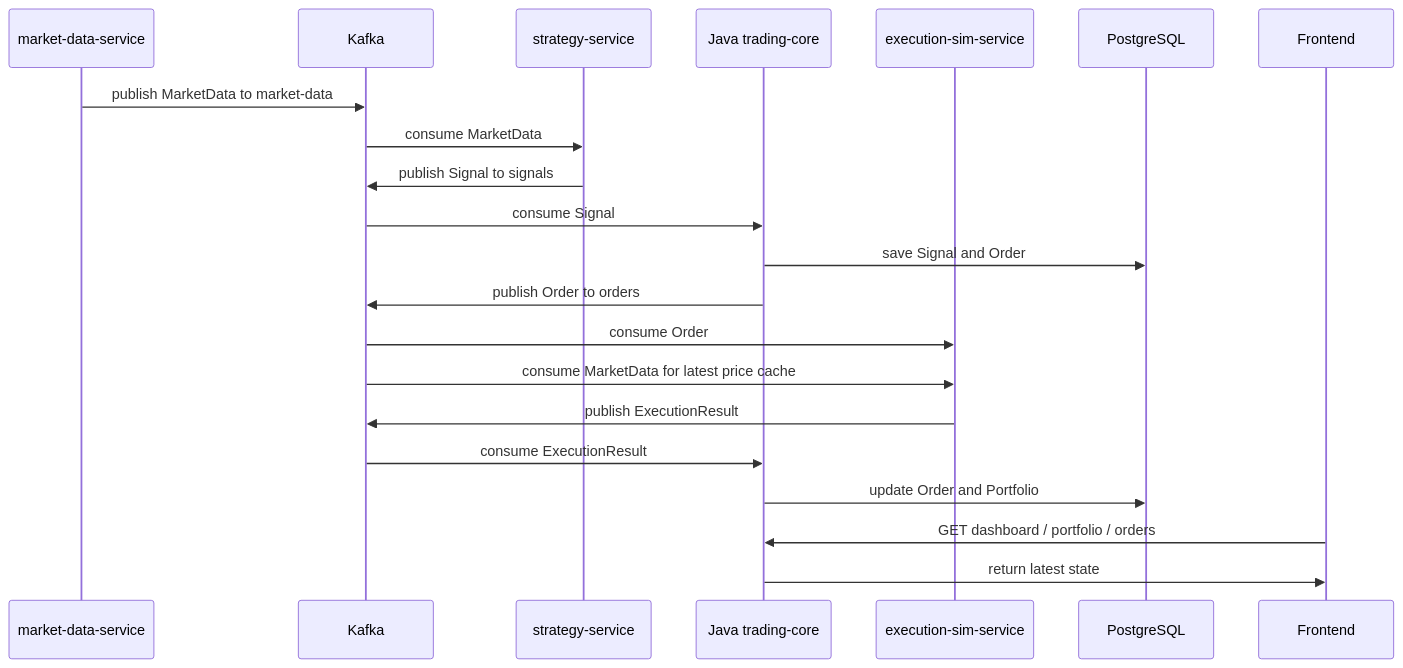
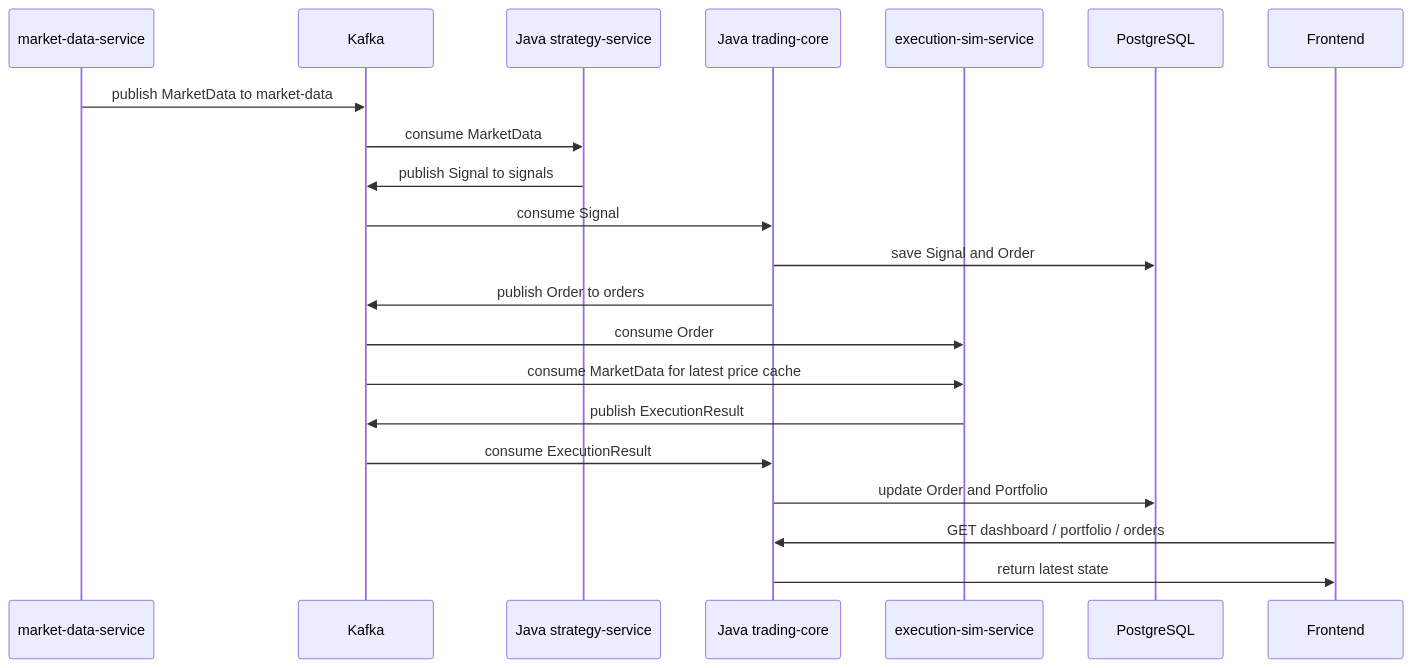
One commit to AlexToday111/DNP-proj.-Trading-system- changed the diagram in docs/backend-flow.md. Above: the diagram before and after it, drawn with Mermaid. The commit also changed other lines of this file and 28 other files, not shown here.

Commit message:
chore(backend/java): add java strategy service

````diff
--- a/docs/backend-flow.md
+++ b/docs/backend-flow.md
@@ -71,24 +71,24 @@
 ```mermaid
 sequenceDiagram
     participant MD as market-data-service
     participant Kafka as Kafka
-    participant Strategy as strategy-service
+    participant Strategy as Java strategy-service
     participant Core as Java trading-core
     participant Exec as execution-sim-service
     participant DB as PostgreSQL
     participant FE as Frontend
 
     MD->>Kafka: publish MarketData to market-data
     Kafka->>Strategy: consume MarketData
     Strategy->>Kafka: publish Signal to signals
     Kafka->>Core: consume Signal
     Core->>DB: save Signal and Order
     Core->>Kafka: publish Order to orders
     Kafka->>Exec: consume Order
     Kafka->>Exec: consume MarketData for latest price cache
     Exec->>Kafka: publish ExecutionResult
     Kafka->>Core: consume ExecutionResult
     Core->>DB: update Order and Portfolio
     FE->>Core: GET dashboard / portfolio / orders
     Core->>FE: return latest state
 ```
````
